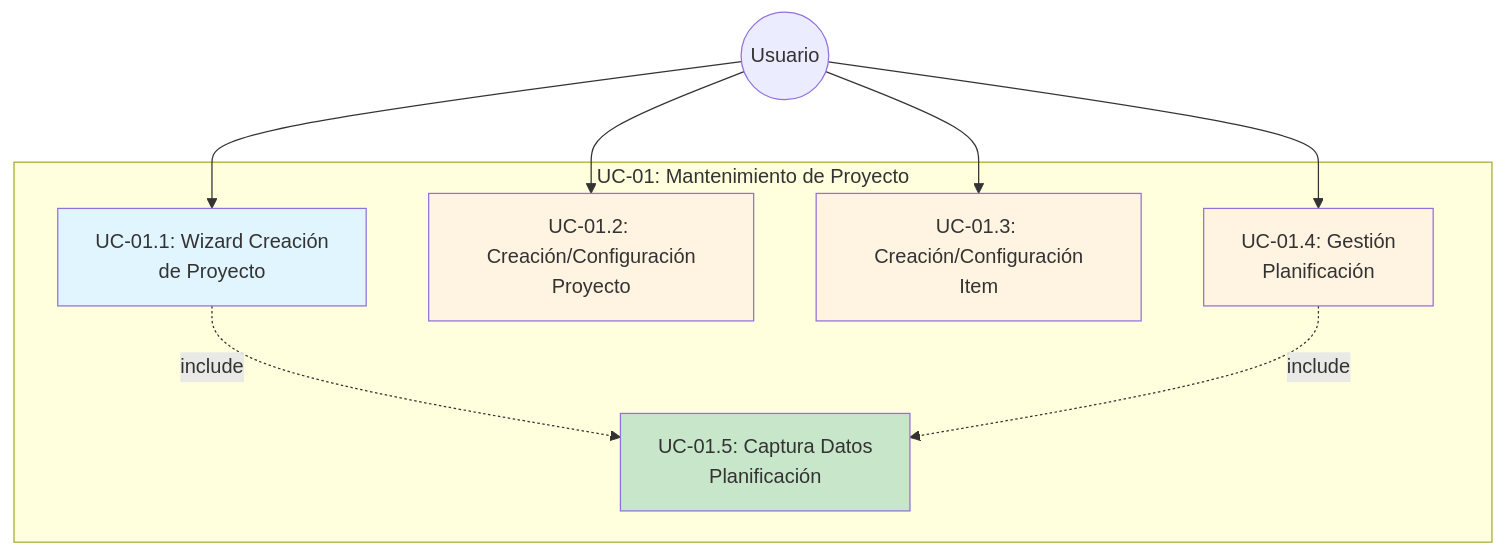
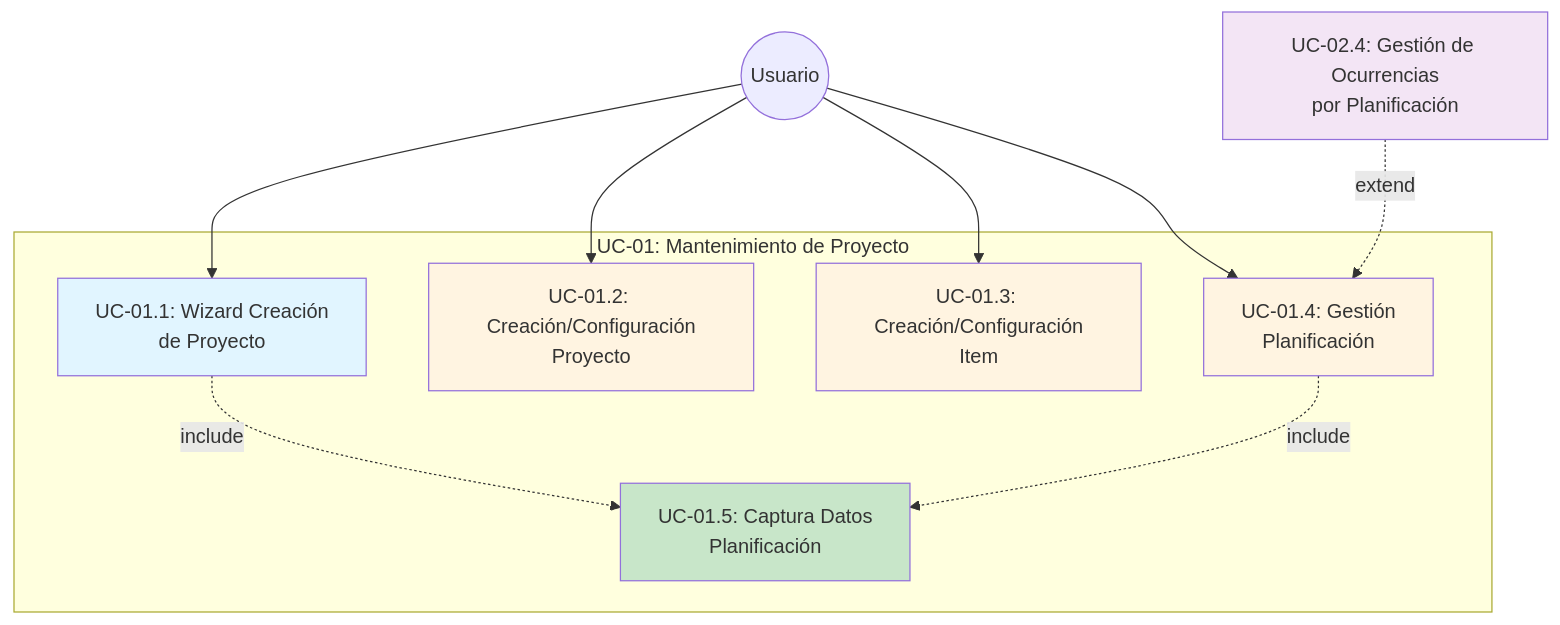
One commit to serpegon11710-byte/Planificacion_2.0 changed the first of 2 diagrams in docs/casos-uso/UC-01-mantenimiento-proyecto.md. Above: the diagram before and after it, drawn with Mermaid. The commit also changed 9 other files, not shown here.

````diff
--- a/docs/casos-uso/UC-01-mantenimiento-proyecto.md
+++ b/docs/casos-uso/UC-01-mantenimiento-proyecto.md
@@ -18,26 +18,29 @@
 ```mermaid
 graph TB
     Usuario((Usuario))
     
     subgraph UC-01: Mantenimiento de Proyecto
         UC11[UC-01.1: Wizard Creación<br/>de Proyecto]
         UC12[UC-01.2: Creación/Configuración<br/>Proyecto]
         UC13[UC-01.3: Creación/Configuración<br/>Item]
         UC14[UC-01.4: Gestión<br/>Planificación]
         UC15[UC-01.5: Captura Datos<br/>Planificación]
     end
+    UC24[UC-02.4: Gestión de Ocurrencias<br/>por Planificación]
     
     Usuario --> UC11
     Usuario --> UC12
     Usuario --> UC13
     Usuario --> UC14
     
     UC11 -.include.-> UC15
     UC14 -.include.-> UC15
+    UC24 -.extend.-> UC14
     
     style UC11 fill:#e1f5ff
     style UC12 fill:#fff4e1
     style UC13 fill:#fff4e1
     style UC14 fill:#fff4e1
     style UC15 fill:#c8e6c9
+    style UC24 fill:#f3e5f5
 ```
````
